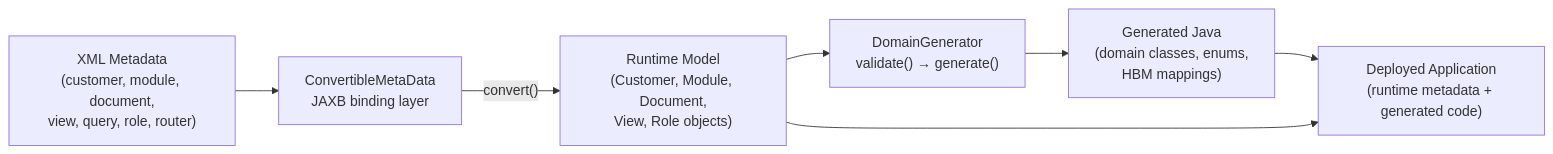
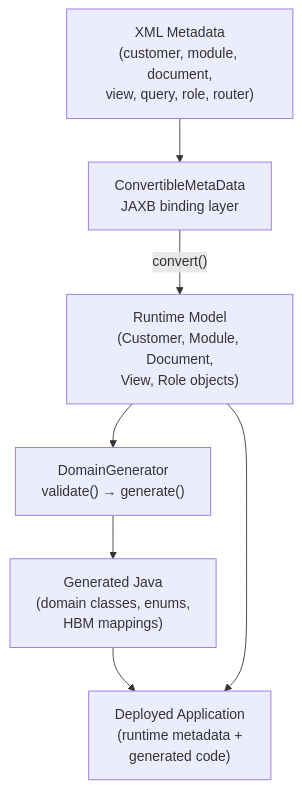
One commit to skyvers/skyve changed the second of 13 diagrams in docs/architecture-design.md. Above: the diagram before and after it, drawn with Mermaid. The commit also changed other lines of this file, not shown here.

````diff
--- a/docs/architecture-design.md
+++ b/docs/architecture-design.md
@@ -152,16 +152,17 @@
 ```mermaid
-flowchart LR
+flowchart TD
     XML["XML Metadata<br/>(customer, module, document,<br/>view, query, role, router)"]
     CMeta["ConvertibleMetaData<br/>JAXB binding layer"]
     Runtime["Runtime Model<br/>(Customer, Module, Document,<br/>View, Role objects)"]
+
     DomGen["DomainGenerator<br/>validate() → generate()"]
     Java["Generated Java<br/>(domain classes, enums,<br/>HBM mappings)"]
-    App["Deployed Application<br/>(runtime metadata + generated code)"]
+    App["Deployed Application<br/>(runtime metadata +<br/>generated code)"]
 
     XML --> CMeta
     CMeta -->|"convert()"| Runtime
     Runtime --> DomGen
     DomGen --> Java
     Java --> App
     Runtime --> App
 ```
````
